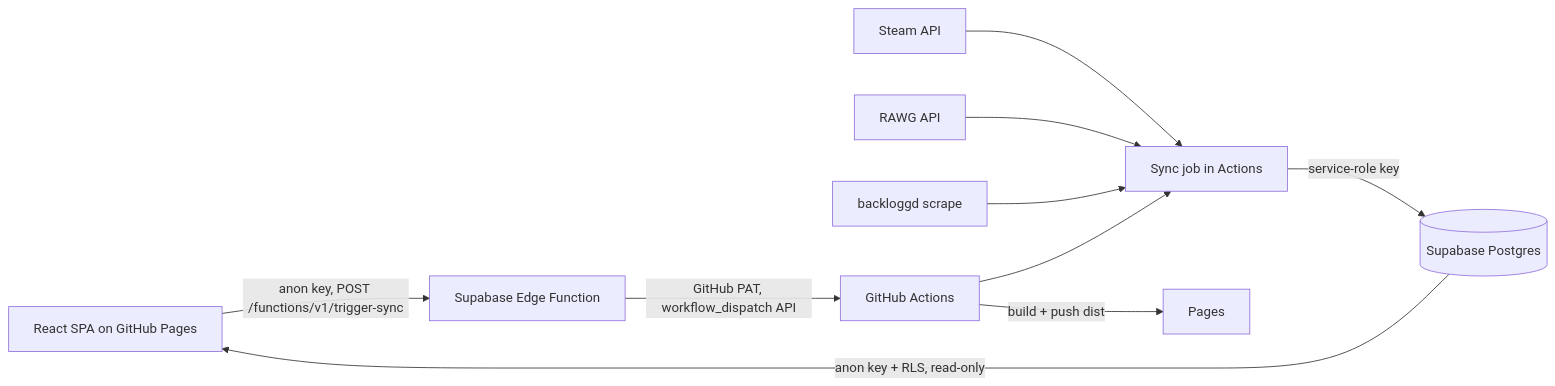
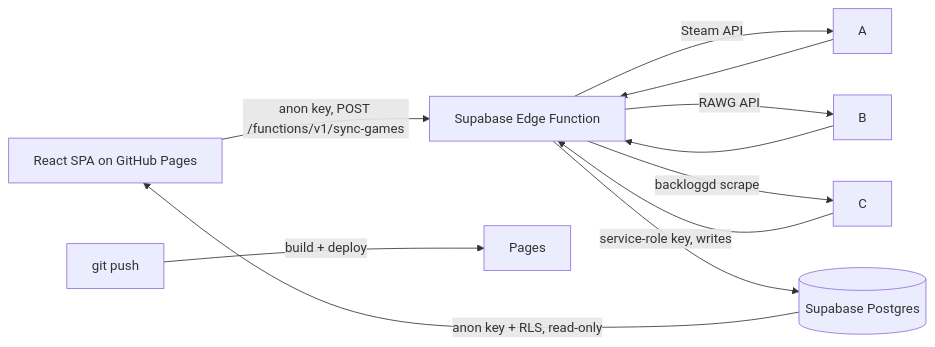
One commit to JakeSouza/Game-Backlog-Dashboard changed the diagram in README.md. Above: the diagram before and after it, drawn with Mermaid. The commit also changed other lines of this file and 2 other files, not shown here.

````diff
--- a/README.md
+++ b/README.md
@@ -7,12 +7,13 @@
 ```mermaid
 flowchart LR
-  UI[React SPA on GitHub Pages] -->|anon key, POST /functions/v1/trigger-sync| EF[Supabase Edge Function]
-  EF -->|GitHub PAT, workflow_dispatch API| GH[GitHub Actions]
-  A[Steam API] --> S[Sync job in Actions]
-  B[RAWG API] --> S
-  C[backloggd scrape] --> S
-  GH --> S
-  S -->|service-role key| DB[(Supabase Postgres)]
+  UI[React SPA on GitHub Pages] -->|anon key, POST /functions/v1/sync-games| EF[Supabase Edge Function]
+  EF -->|Steam API| A
+  EF -->|RAWG API| B
+  EF -->|backloggd scrape| C
+  A --> EF
+  B --> EF
+  C --> EF
+  EF -->|service-role key, writes| DB[(Supabase Postgres)]
   DB -->|anon key + RLS, read-only| UI
-  GH -->|build + push dist| Pages
+  GIT[git push] -->|build + deploy| Pages
 ```
````
